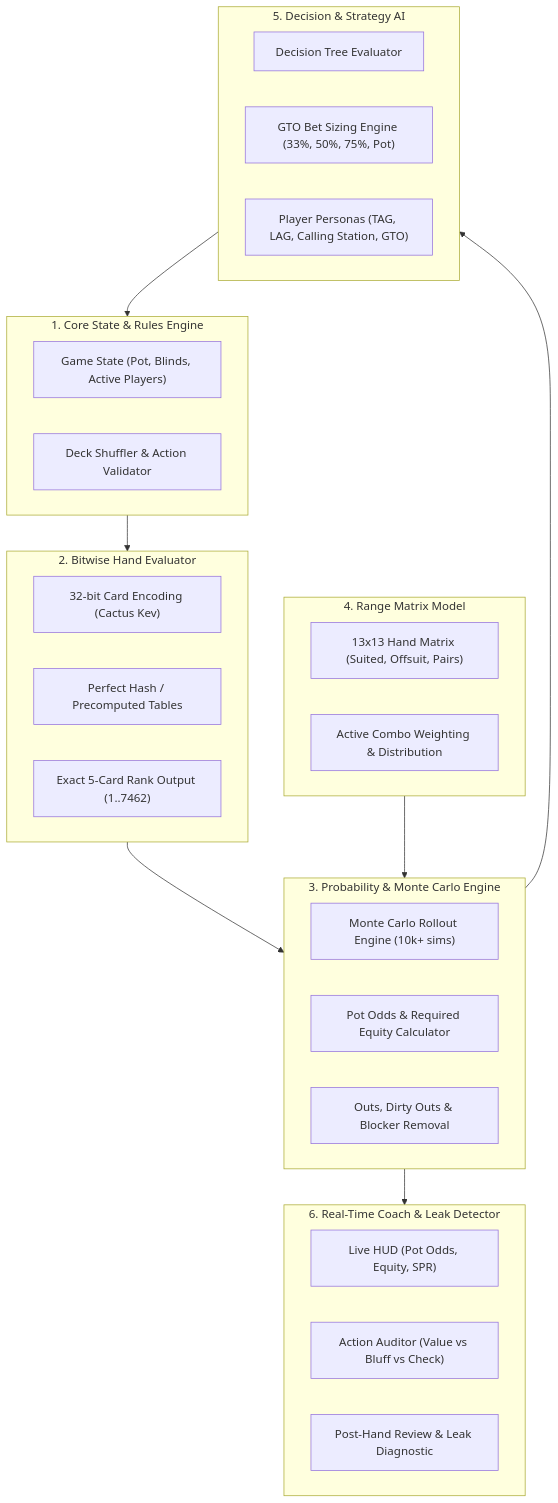
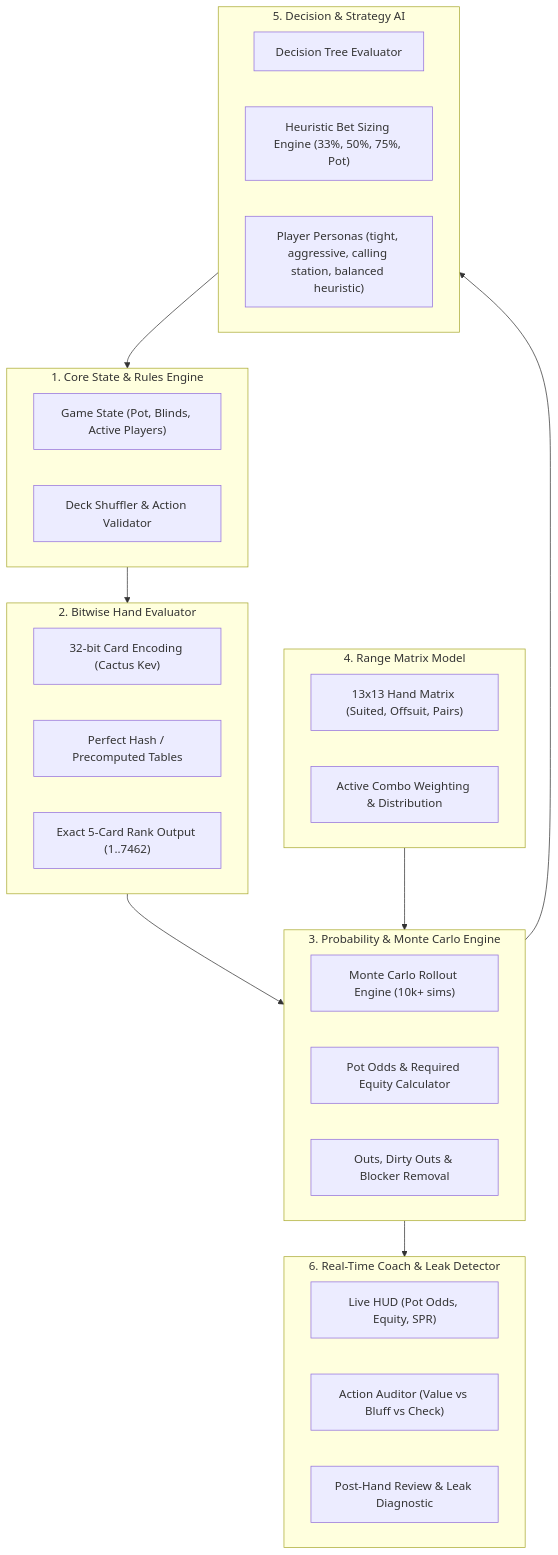
One commit to pincib/poker_01_simulator changed the first of 5 diagrams in docs/architecture/02_Poker_Simulator_Brain_Architecture.md. Above: the diagram before and after it, drawn with Mermaid. The commit also changed other lines of this file and 49 other files, not shown here.

````diff
--- a/docs/architecture/02_Poker_Simulator_Brain_Architecture.md
+++ b/docs/architecture/02_Poker_Simulator_Brain_Architecture.md
@@ -24,43 +24,43 @@
 ```mermaid
 flowchart TD
     subgraph CoreEngine ["1. Core State & Rules Engine"]
         State["Game State (Pot, Blinds, Active Players)"]
         Dealer["Deck Shuffler & Action Validator"]
     end
 
     subgraph Evaluator ["2. Bitwise Hand Evaluator"]
         BitCard["32-bit Card Encoding (Cactus Kev)"]
         HashLookup["Perfect Hash / Precomputed Tables"]
         HandRank["Exact 5-Card Rank Output (1..7462)"]
     end
 
     subgraph MathEngine ["3. Probability & Monte Carlo Engine"]
         Rollout["Monte Carlo Rollout Engine (10k+ sims)"]
         PotOddsCalc["Pot Odds & Required Equity Calculator"]
         OutsBlockers["Outs, Dirty Outs & Blocker Removal"]
     end
 
     subgraph RangeEngine ["4. Range Matrix Model"]
         Matrix13x13["13x13 Hand Matrix (Suited, Offsuit, Pairs)"]
         RangeCombos["Active Combo Weighting & Distribution"]
     end
 
     subgraph AIEngine ["5. Decision & Strategy AI"]
         TreeSearch["Decision Tree Evaluator"]
-        BetSizer["GTO Bet Sizing Engine (33%, 50%, 75%, Pot)"]
-        Persona["Player Personas (TAG, LAG, Calling Station, GTO)"]
+        BetSizer["Heuristic Bet Sizing Engine (33%, 50%, 75%, Pot)"]
+        Persona["Player Personas (tight, aggressive, calling station, balanced heuristic)"]
     end
 
     subgraph Coach ["6. Real-Time Coach & Leak Detector"]
         HUDStats["Live HUD (Pot Odds, Equity, SPR)"]
         ActionAudit["Action Auditor (Value vs Bluff vs Check)"]
         LeakTracker["Post-Hand Review & Leak Diagnostic"]
     end
 
     CoreEngine --> Evaluator
     Evaluator --> MathEngine
     RangeEngine --> MathEngine
     MathEngine --> AIEngine
     MathEngine --> Coach
     AIEngine --> CoreEngine
 ```
````
